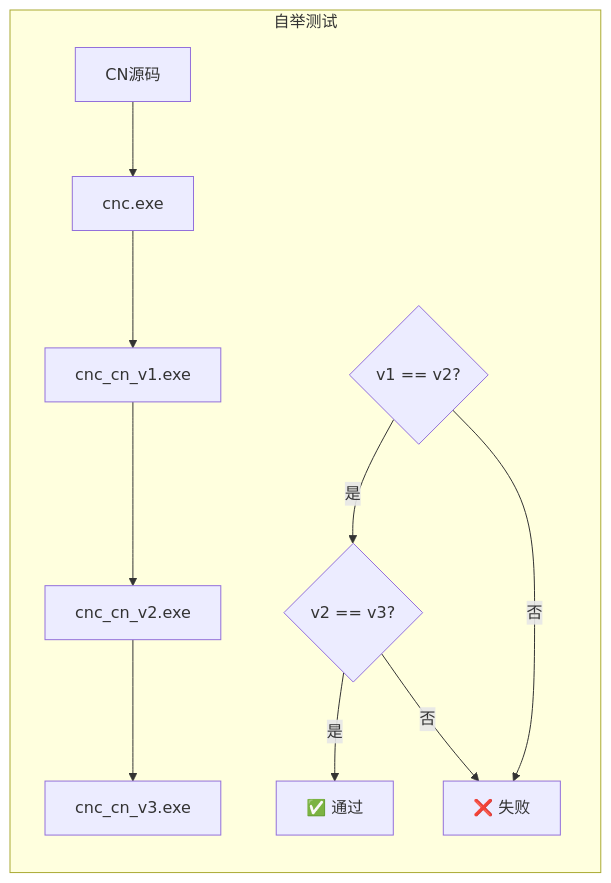
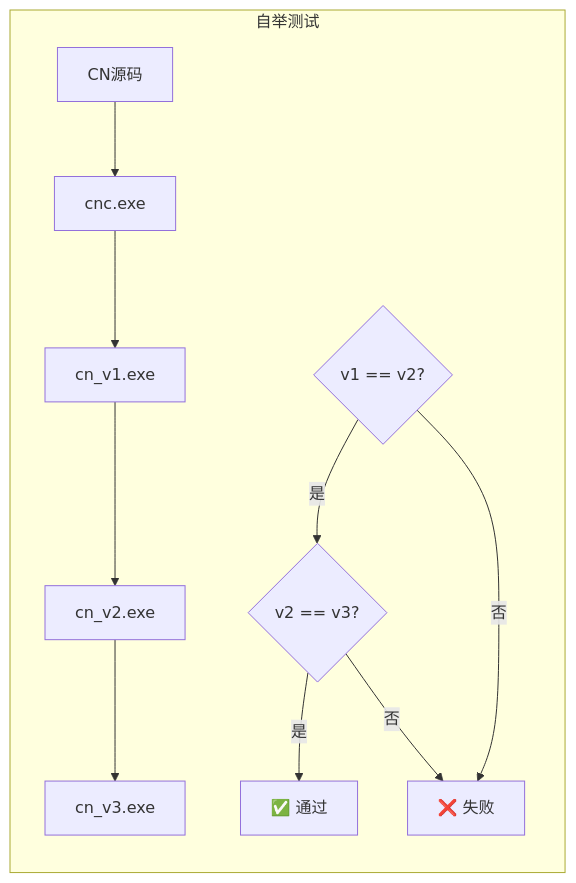
One commit to ChenChao-HuaiAn/CN_Language changed the ninth of 10 diagrams in plans/014 CN语言自托管编译器技术设计文档.md. Above: the diagram before and after it, drawn with Mermaid. The commit also changed other lines of this file and 11 other files, not shown here.

````diff
--- a/plans/014 CN语言自托管编译器技术设计文档.md
+++ b/plans/014 CN语言自托管编译器技术设计文档.md
@@ -1148,14 +1174,14 @@
 ```mermaid
 flowchart LR
     subgraph 自举测试
         A[CN源码] --> B[cnc.exe]
-        B --> C[cnc_cn_v1.exe]
-        C --> D[cnc_cn_v2.exe]
-        D --> E[cnc_cn_v3.exe]
+        B --> C[cn_v1.exe]
+        C --> D[cn_v2.exe]
+        D --> E[cn_v3.exe]
         
         F{v1 == v2?} -->|是| G{v2 == v3?}
         G -->|是| H[✅ 通过]
         F -->|否| I[❌ 失败]
         G -->|否| I
     end
 ```
````
